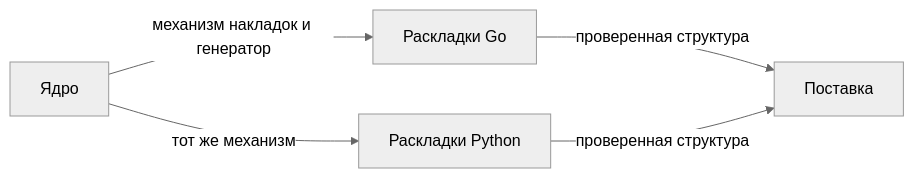
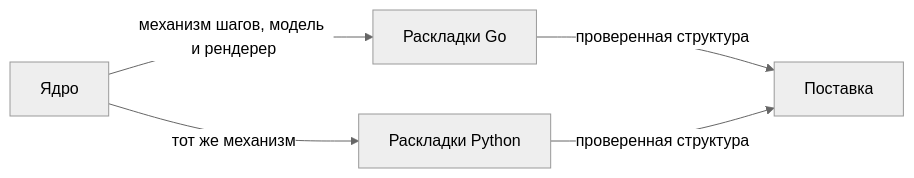
Before and after one commit to united-software-platform/extruder: the third of 4 diagrams in docs/project-plan.md, drawn with Mermaid (neutral theme). The commit also changed other lines of this file and 22 other files, not shown here.

````diff
--- a/docs/project-plan.md
+++ b/docs/project-plan.md
@@ -89,7 +188,7 @@
 ```mermaid
 flowchart LR
-    K[Ядро] -->|механизм накладок и генератор| G[Раскладки Go]
+    K[Ядро] -->|механизм шагов, модель и рендерер| G[Раскладки Go]
     K -->|тот же механизм| P[Раскладки Python]
     G -->|проверенная структура| S[Поставка]
     P -->|проверенная структура| S
 ```
````
